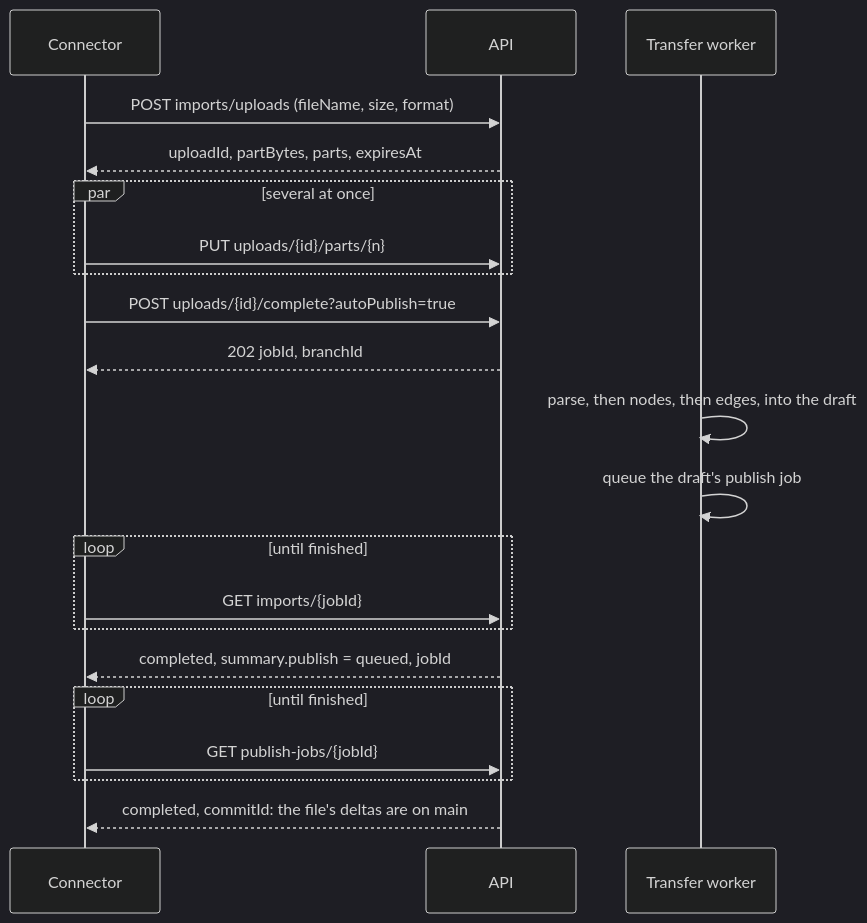
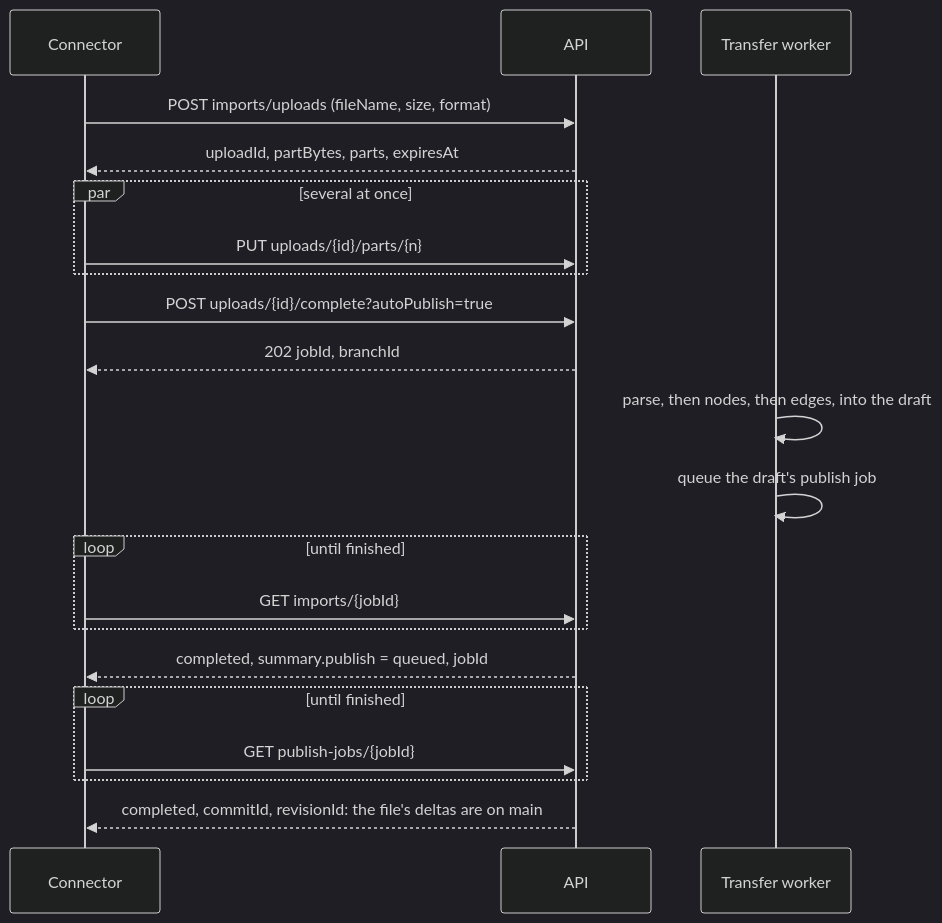
One commit to rkrumins/dataviz changed the diagram in docs/CONNECTOR_GUIDE.md. Above: the diagram before and after it, drawn with Mermaid (dark theme). The commit also changed other lines of this file and 12 other files, not shown here.

First line of the commit message:
Say which revision of main a publish or merge landed in, and where to follow it

````diff
--- a/docs/CONNECTOR_GUIDE.md
+++ b/docs/CONNECTOR_GUIDE.md
@@ -28,23 +28,23 @@
 ```mermaid
 sequenceDiagram
     participant C as Connector
     participant A as API
     participant W as Transfer worker
     C->>A: POST imports/uploads (fileName, size, format)
     A-->>C: uploadId, partBytes, parts, expiresAt
     par several at once
         C->>A: PUT uploads/{id}/parts/{n}
     end
     C->>A: POST uploads/{id}/complete?autoPublish=true
     A-->>C: 202 jobId, branchId
     W->>W: parse, then nodes, then edges, into the draft
     W->>W: queue the draft's publish job
     loop until finished
         C->>A: GET imports/{jobId}
     end
     A-->>C: completed, summary.publish = queued, jobId
     loop until finished
         C->>A: GET publish-jobs/{jobId}
     end
-    A-->>C: completed, commitId: the file's deltas are on main
+    A-->>C: completed, commitId, revisionId: the file's deltas are on main
 ```
````
